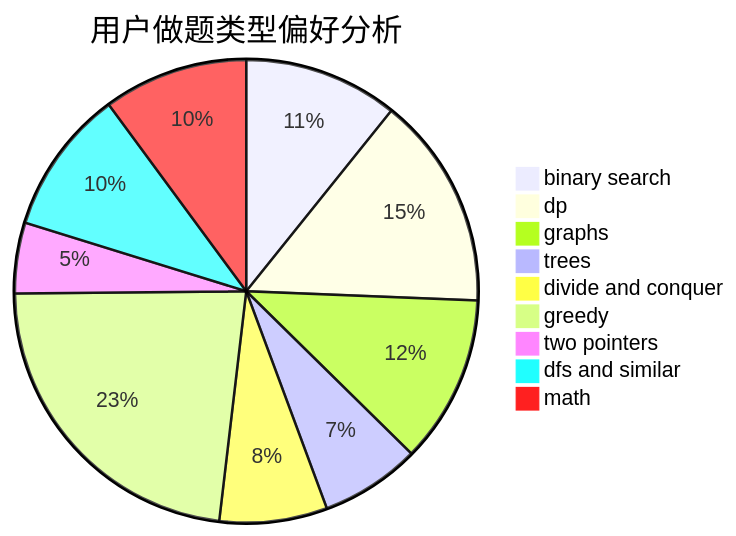
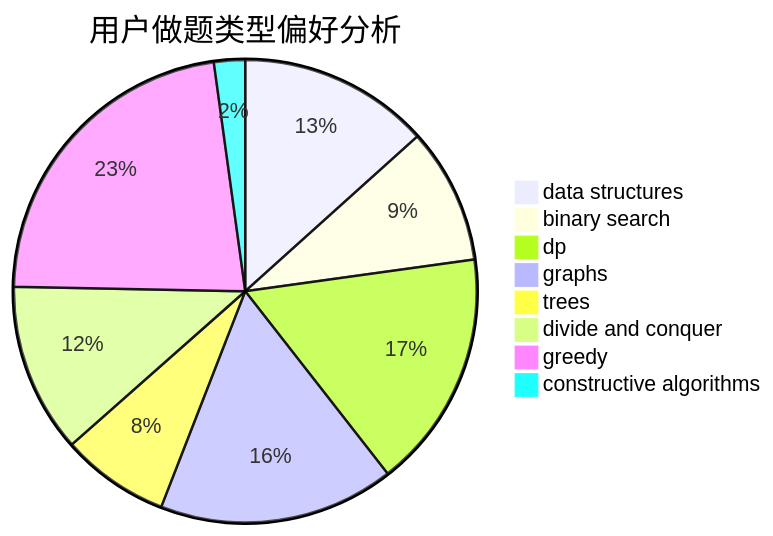
The second of 3 diagrams in docs/user/u458.md (sherpahu/cfrs.github.io), drawn with Mermaid before and after one commit. The commit also changed other lines of this file and 2775 other files, not shown here.

````diff
--- a/docs/user/u458.md
+++ b/docs/user/u458.md
@@ -23,12 +23,11 @@
 ```mermaid
 pie title 用户做题类型偏好分析
-    "binary search" :  179
-    "dp" :  247
-    "graphs" :  195
-    "trees" :  116
+    "data structures" :  141
+    "binary search" :  100
+    "dp" :  176
+    "graphs" :  174
+    "trees" :  80
     "divide and conquer" :  125
-    "greedy" :  382
-    "two pointers" :  82
-    "dfs and similar" :  168
-    "math" :  168
+    "greedy" :  238
+    "constructive algorithms" :  23
 ```
````
